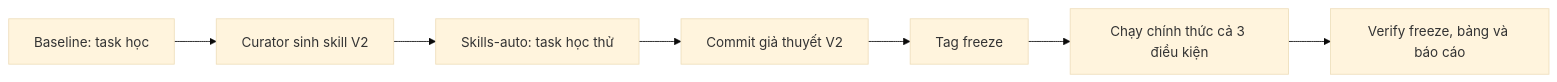
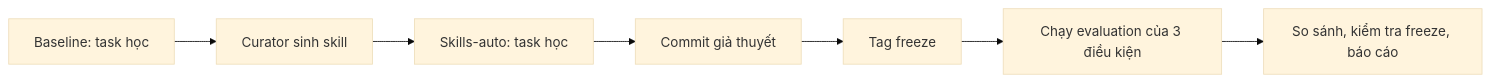
The diagram in report/REPORT.md (ilkhangnd/K4-DAY20-MULTIAGENTS-NguyenDinhKhang-2A202602584), drawn with Mermaid (base theme) before and after one commit. The commit also changed other lines of this file and 40 other files, not shown here.

````diff
--- a/report/REPORT.md
+++ b/report/REPORT.md
@@ -14,9 +16,9 @@
 ```mermaid
 flowchart LR
-    A[Baseline: task học] --> B[Curator sinh skill V2]
-    B --> C[Skills-auto: task học thử]
-    C --> D[Commit giả thuyết V2]
+    A[Baseline: task học] --> B[Curator sinh skill]
+    B --> C[Skills-auto: task học]
+    C --> D[Commit giả thuyết]
     D --> E[Tag freeze]
-    E --> F[Chạy chính thức cả 3 điều kiện]
-    F --> G[Verify freeze, bảng và báo cáo]
+    E --> F[Chạy evaluation của 3 điều kiện]
+    F --> G[So sánh, kiểm tra freeze, báo cáo]
 ```
````
